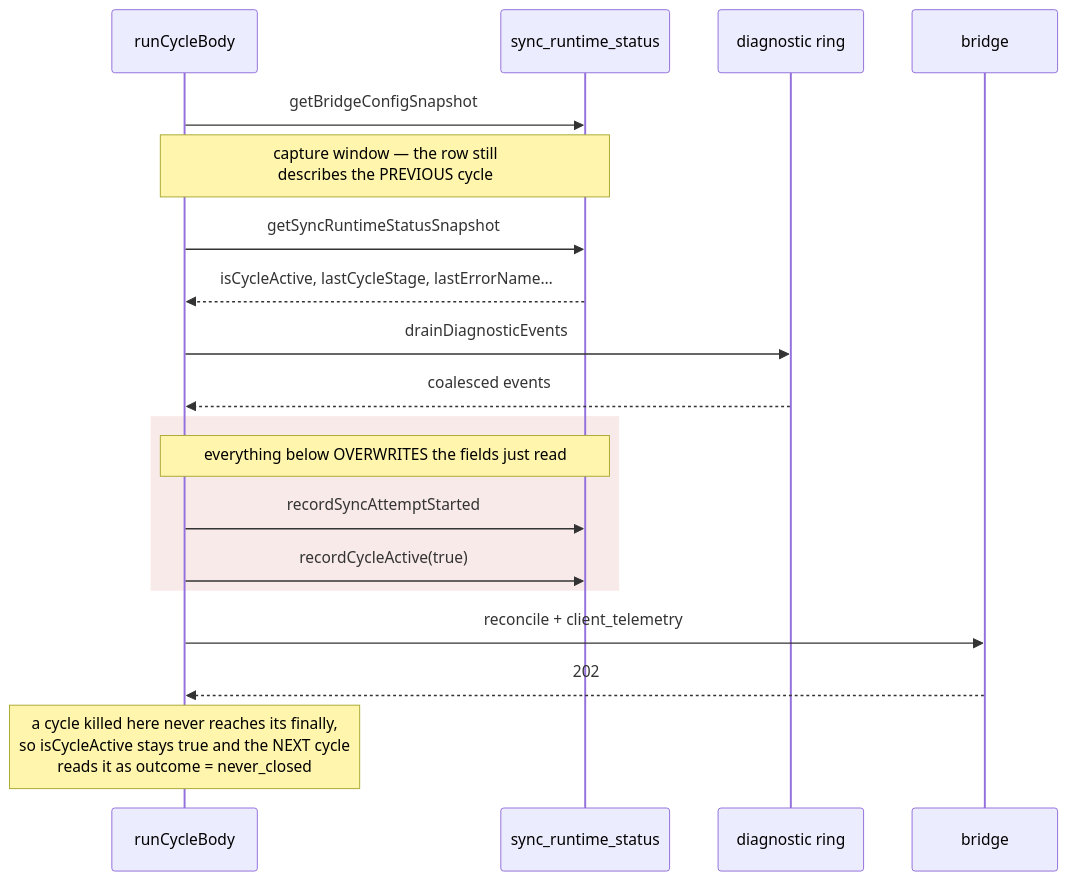
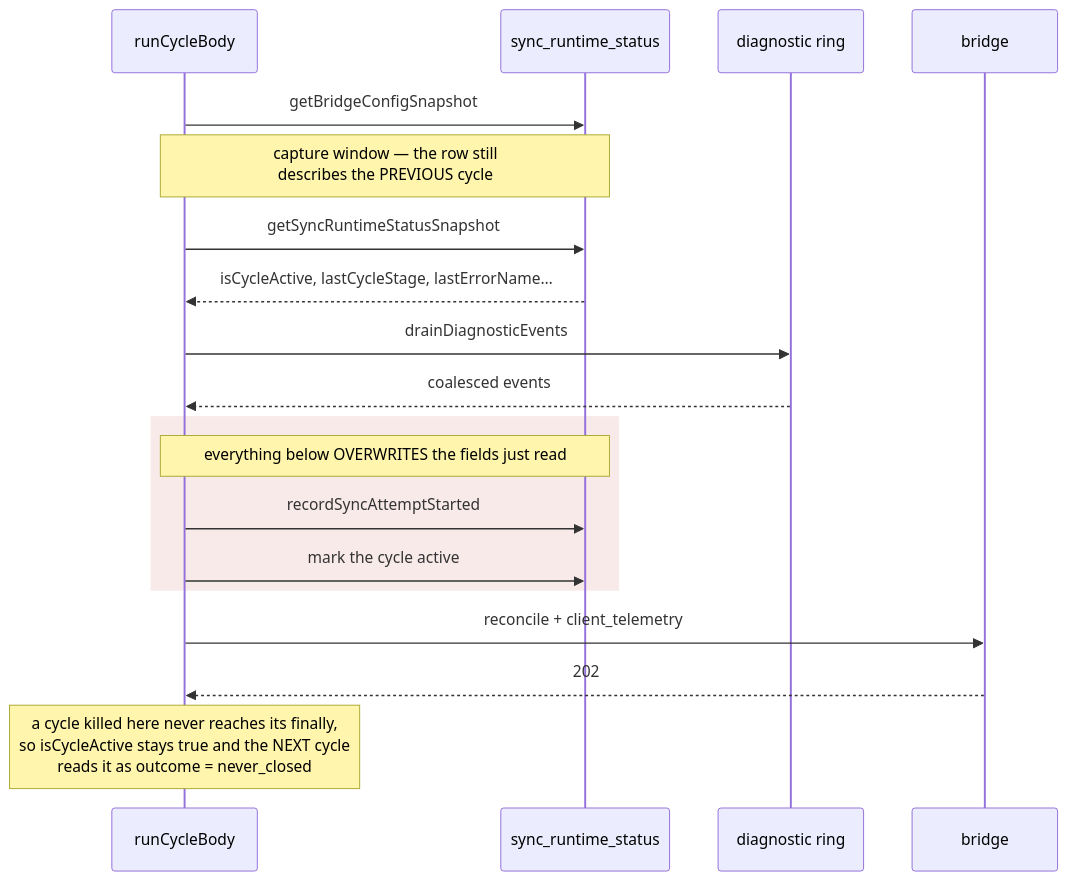
Before and after one commit to Disble/autoreas-mobile: the second of 2 diagrams in docs/mobile-diagnostic-telemetry.md, drawn with Mermaid. The commit also changed other lines of this file and 101 other files, not shown here.

````diff
--- a/docs/mobile-diagnostic-telemetry.md
+++ b/docs/mobile-diagnostic-telemetry.md
@@ -82,24 +82,24 @@
 ```mermaid
 sequenceDiagram
   participant C as runCycleBody
   participant S as sync_runtime_status
   participant R as diagnostic ring
   participant B as bridge
 
   C->>S: getBridgeConfigSnapshot
   Note over C,S: capture window — the row still<br/>describes the PREVIOUS cycle
   C->>S: getSyncRuntimeStatusSnapshot
   S-->>C: isCycleActive, lastCycleStage, lastErrorName…
   C->>R: drainDiagnosticEvents
   R-->>C: coalesced events
 
   rect rgba(200,80,80,0.12)
     Note over C,S: everything below OVERWRITES the fields just read
     C->>S: recordSyncAttemptStarted
-    C->>S: recordCycleActive(true)
+    C->>S: mark the cycle active
   end
 
   C->>B: reconcile + client_telemetry
   B-->>C: 202
   Note over C: a cycle killed here never reaches its finally,<br/>so isCycleActive stays true and the NEXT cycle<br/>reads it as outcome = never_closed
 ```
````
